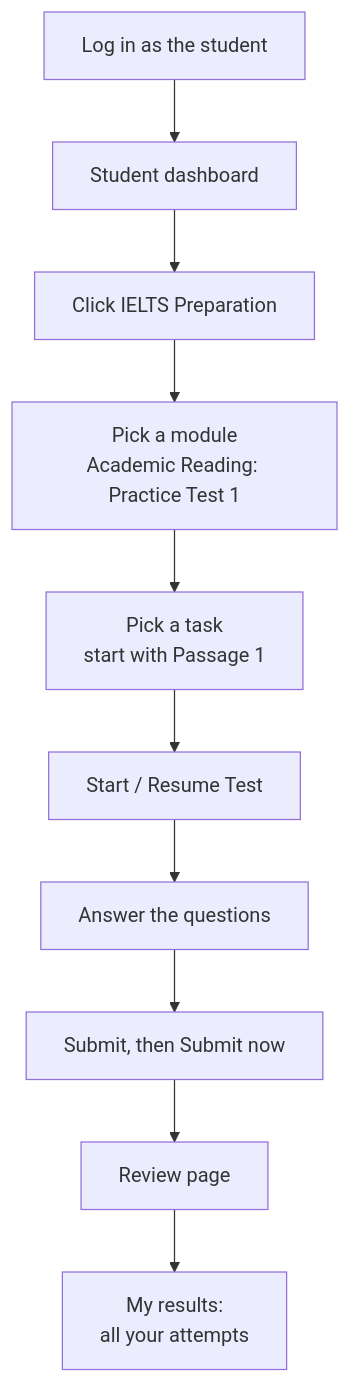
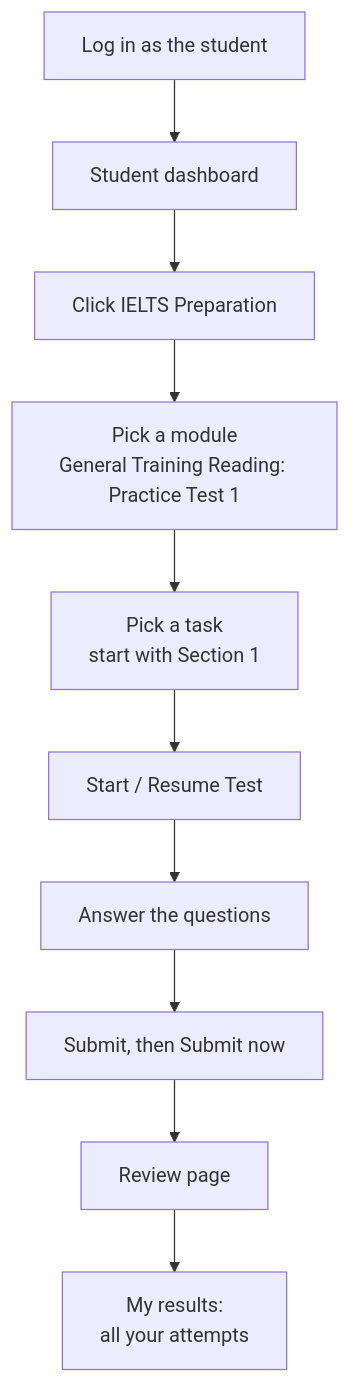
One commit to AakashdeepSingh1971/English_practices changed the fourth of 5 diagrams in docs/GUIDE.md. Above: the diagram before and after it, drawn with Mermaid. The commit also changed other lines of this file and 18 other files, not shown here.

First line of the commit message:
Switch reading course to IELTS General Training

````diff
--- a/docs/GUIDE.md
+++ b/docs/GUIDE.md
@@ -149,12 +154,12 @@
 ```mermaid
 flowchart TD
     L[Log in as the student] --> D[Student dashboard]
     D --> CO[Click IELTS Preparation]
-    CO --> MOD["Pick a module<br/>Academic Reading: Practice Test 1"]
-    MOD --> TK[Pick a task<br/>start with Passage 1]
+    CO --> MOD["Pick a module<br/>General Training Reading: Practice Test 1"]
+    MOD --> TK[Pick a task<br/>start with Section 1]
     TK --> ST[Start / Resume Test]
     ST --> ANS[Answer the questions]
     ANS --> SUB[Submit, then Submit now]
     SUB --> REV[Review page]
     REV --> RES[My results:<br/>all your attempts]
 ```
````
